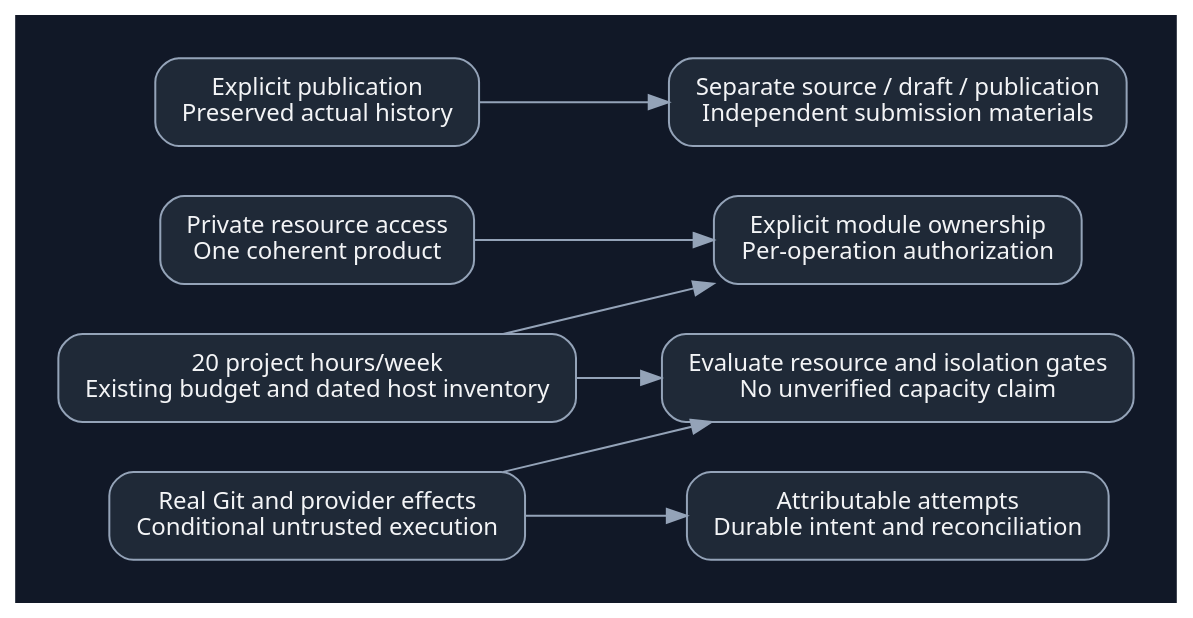
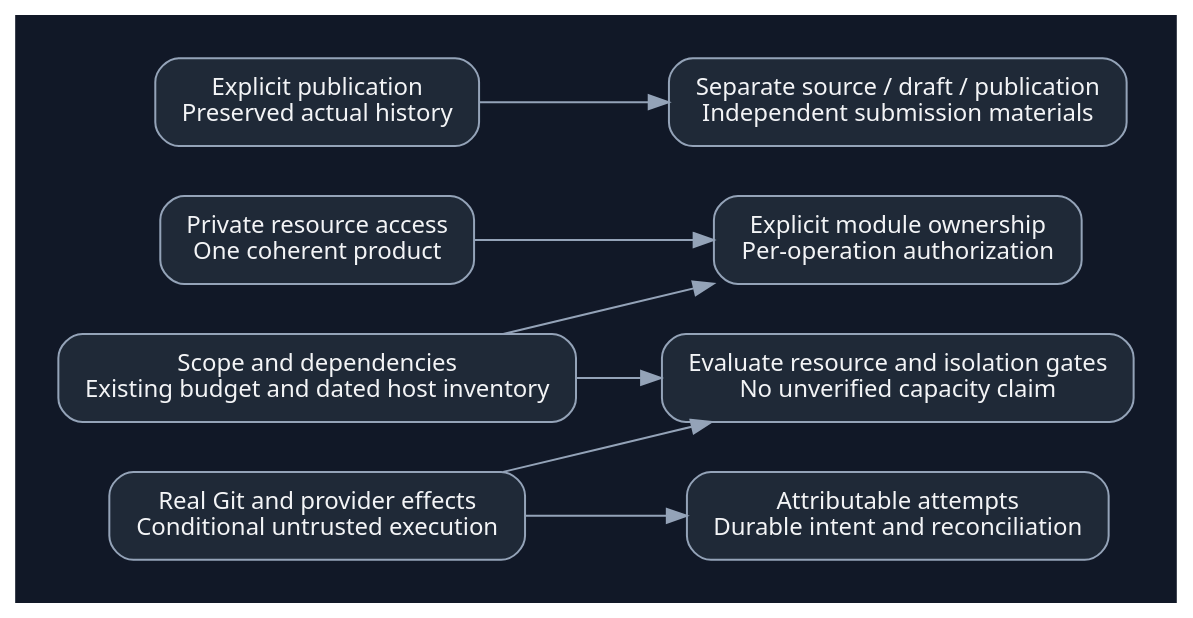
Before and after one commit to Farhad-V/Web-Resumefolio: the diagram in Docs/SDLC/04-System-Design/01-High-Level-Design/Diagrams/Appendix/drivers-to-architecture.dot, drawn with Graphviz. The commit also changed 34 other files, not shown here.

Commit message:
docs: align SDLC plans and diagrams with scope-driven delivery

```diff
--- a/Docs/SDLC/04-System-Design/01-High-Level-Design/Diagrams/Appendix/drivers-to-architecture.dot
+++ b/Docs/SDLC/04-System-Design/01-High-Level-Design/Diagrams/Appendix/drivers-to-architecture.dot
@@ -1,15 +1,15 @@
 digraph G {
  graph [bgcolor="#111827",fontcolor="#F3F4F6"]; node [fontcolor="#F3F4F6"]; edge [fontcolor="#CBD5E1"];
  rankdir=LR; graph [bgcolor="#111827",pad="0.3",nodesep="0.35",ranksep="0.6",fontname="Segoe UI"]; node [shape=box,style="rounded,filled",fillcolor="#1F2937",color="#94A3B8",fontname="Segoe UI",fontsize=12,margin="0.16,0.12"]; edge [color="#94A3B8",fontname="Segoe UI",fontsize=10];
 privacy [label="Private resource access
 One coherent product"]; history [label="Explicit publication
 Preserved actual history"]; effects [label="Real Git and provider effects
-Conditional untrusted execution"]; resources [label="20 project hours/week
+Conditional untrusted execution"]; resources [label="Scope and dependencies
 Existing budget and dated host inventory"];
 modules [label="Explicit module ownership
 Per-operation authorization",fillcolor="#1F2937"]; revisions [label="Separate source / draft / publication
 Independent submission materials",fillcolor="#1F2937"]; attempts [label="Attributable attempts
 Durable intent and reconciliation",fillcolor="#1F2937"]; gates [label="Evaluate resource and isolation gates
 No unverified capacity claim",fillcolor="#1F2937"];
 privacy->modules;history->revisions;effects->attempts;effects->gates;resources->modules;resources->gates;
 }
```
